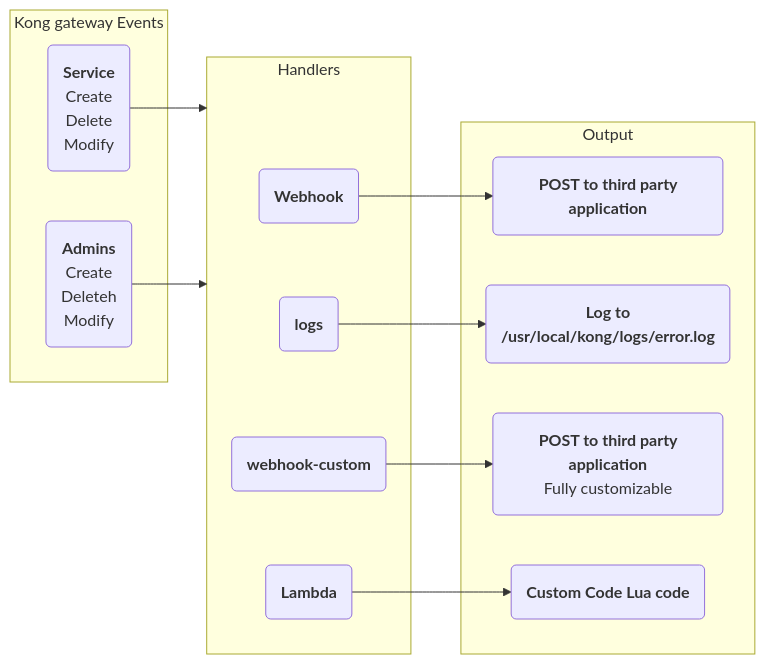
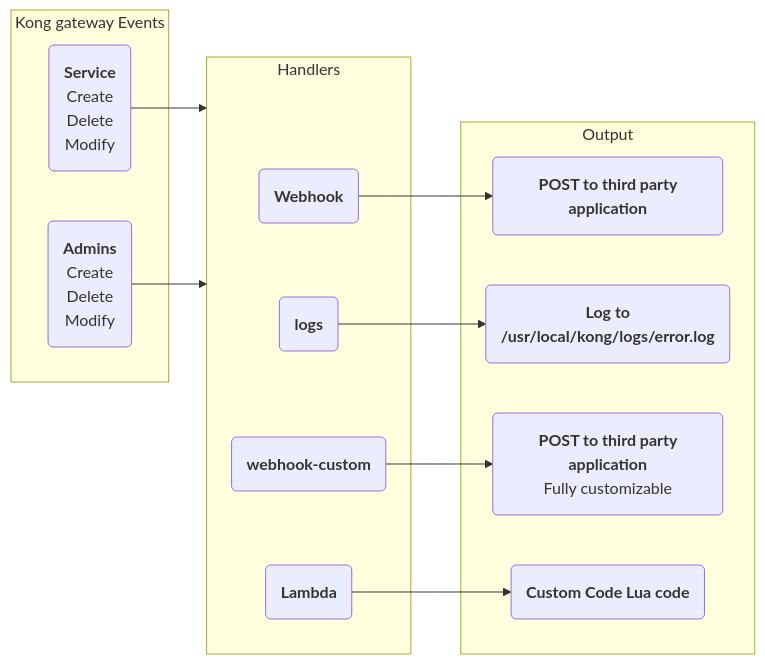
The diagram in app/_gateway_entities/event_hooks.md (Kong/developer.konghq.com), drawn with Mermaid before and after one commit. The commit also changed other lines of this file and 5 other files, not shown here.

```diff
--- a/app/_gateway_entities/event_hooks.md
+++ b/app/_gateway_entities/event_hooks.md
@@ -34,29 +34,29 @@
 {% mermaid %}
 flowchart LR
     subgraph events [Kong gateway Events]
         A(<b>Service</b><br>Create<br>Delete<br>Modify)
-        B(<b>Admins</b><br>Create<br>Deleteh<br>Modify)
+        B(<b>Admins</b><br>Create<br>Delete<br>Modify)
     end 
 
     subgraph handlers [Handlers]
         C(<b>Webhook</b>)
         D(<b>logs</b><br>)
         E(<b>webhook-custom</b>)
         F(<b>Lambda</b>)
     end
 
     subgraph output [Output]
         W(<b> POST to third party application</b>)
         X(<b> Log to /usr/local/kong/logs/error.log</b>)
         Y(<b> POST to third party application</b><br>Fully customizable)
         Z(<b> Custom Code Lua code </b>)
     end
     
     A --> handlers
     B --> handlers
 
     C --> W
     D --> X
     E --> Y
     F --> Z 
 {% endmermaid %}
```
